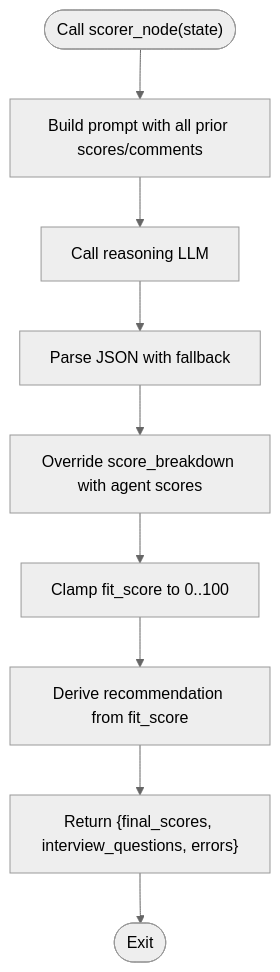
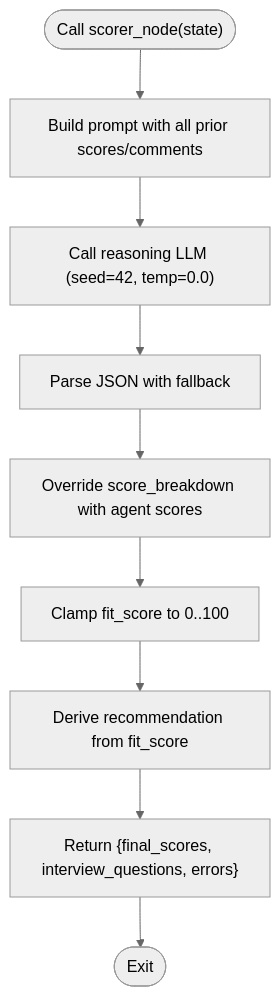
Before and after one commit to Revanththetalogics/aireume: the sixth of 7 diagrams in .qoder/repowiki/en/content/Analysis Engine/Agent Pipeline (LangGraph).md, drawn with Mermaid (neutral theme). The commit also changed other lines of this file and 15 other files, not shown here.

````diff
--- a/.qoder/repowiki/en/content/Analysis Engine/Agent Pipeline (LangGraph).md
+++ b/.qoder/repowiki/en/content/Analysis Engine/Agent Pipeline (LangGraph).md
@@ -222,11 +255,11 @@
 ```mermaid
 flowchart TD
 Start(["Call scorer_node(state)"]) --> BuildPrompt["Build prompt with all prior scores/comments"]
-BuildPrompt --> CallLLM["Call reasoning LLM"]
+BuildPrompt --> CallLLM["Call reasoning LLM (seed=42, temp=0.0)"]
 CallLLM --> Parse["Parse JSON with fallback"]
 Parse --> Override["Override score_breakdown with agent scores"]
 Override --> Clamp["Clamp fit_score to 0..100"]
 Clamp --> Rec["Derive recommendation from fit_score"]
 Rec --> ReturnState["Return {final_scores, interview_questions, errors}"]
 ReturnState --> End(["Exit"])
 ```
````
